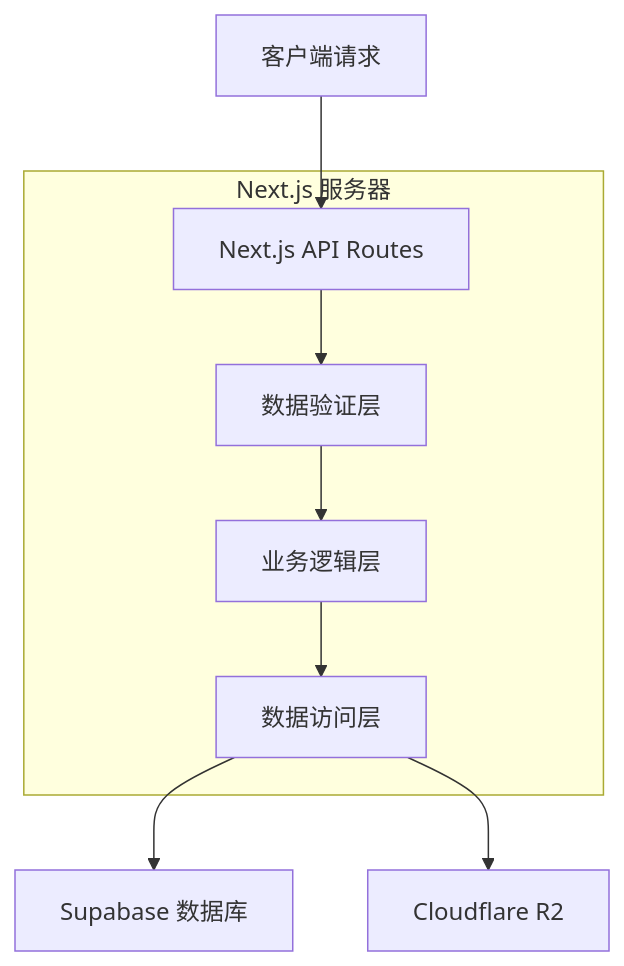
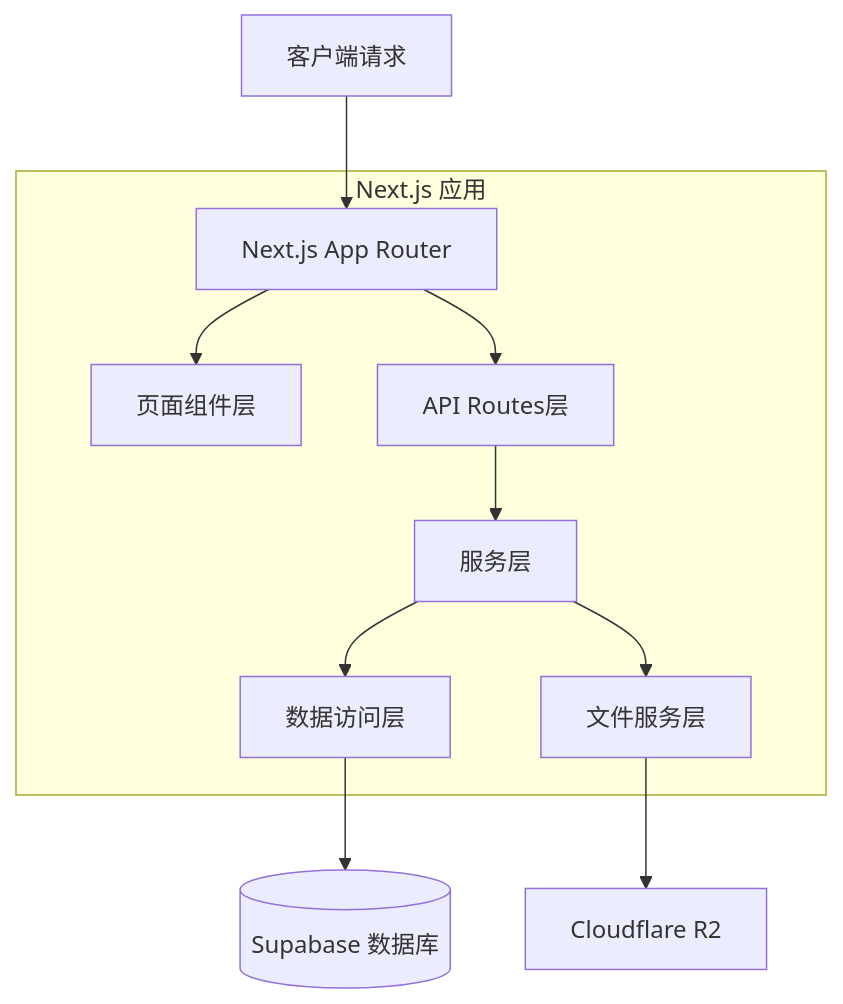
One commit to evepupil/acg-otaku-web changed the second of 3 diagrams in .trae/documents/技术架构文档.md. Above: the diagram before and after it, drawn with Mermaid. The commit also changed other lines of this file and 355 other files, not shown here.

````diff
--- a/.trae/documents/技术架构文档.md
+++ b/.trae/documents/技术架构文档.md
@@ -133,16 +137,20 @@
 ```mermaid
 graph TD
-    A[客户端请求] --> B[Next.js API Routes]
-    B --> C[数据验证层]
-    C --> D[业务逻辑层]
-    D --> E[数据访问层]
-    E --> F[Supabase 数据库]
-    E --> G[Cloudflare R2]
-    
-    subgraph "Next.js 服务器"
-        B
-        C
-        D
-        E
-    end
+  A[客户端请求] --> B[Next.js App Router]
+  B --> C[页面组件层]
+  B --> D[API Routes层]
+  D --> E[服务层]
+  E --> F[数据访问层]
+  F --> G[(Supabase 数据库)]
+  E --> H[文件服务层]
+  H --> I[Cloudflare R2]
+  
+  subgraph "Next.js 应用"
+    B
+    C
+    D
+    E
+    F
+    H
+  end
 ```
````
